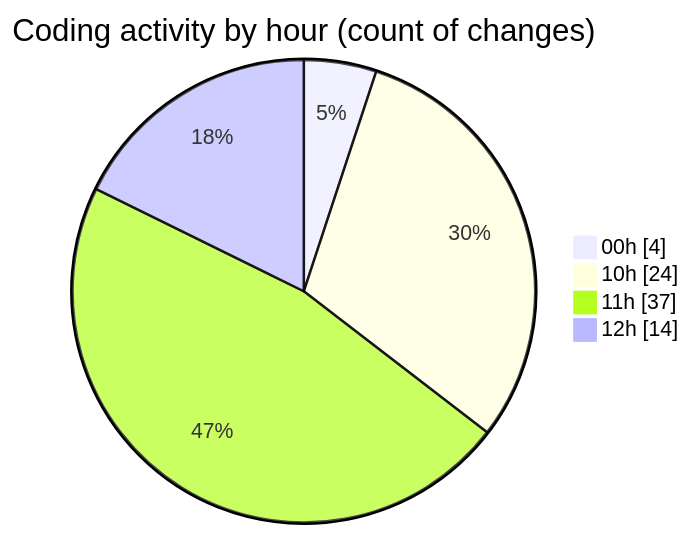
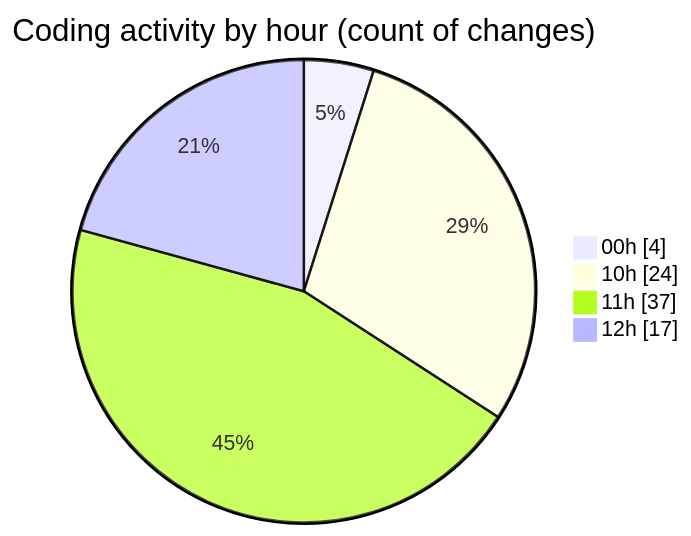
One commit to Netris89/code-tracking changed the second of 2 diagrams in 2025-04-04/back-end/README.md. Above: the diagram before and after it, drawn with Mermaid. The commit also changed other lines of this file and 1 other file, not shown here.

````diff
--- a/2025-04-04/back-end/README.md
+++ b/2025-04-04/back-end/README.md
@@ -39,8 +43,8 @@
 ```mermaid
 pie showData
 title Coding activity by hour (count of changes)
 "00h" : 4
 "10h" : 24
 "11h" : 37
-"12h" : 14
+"12h" : 17
 ```
````
